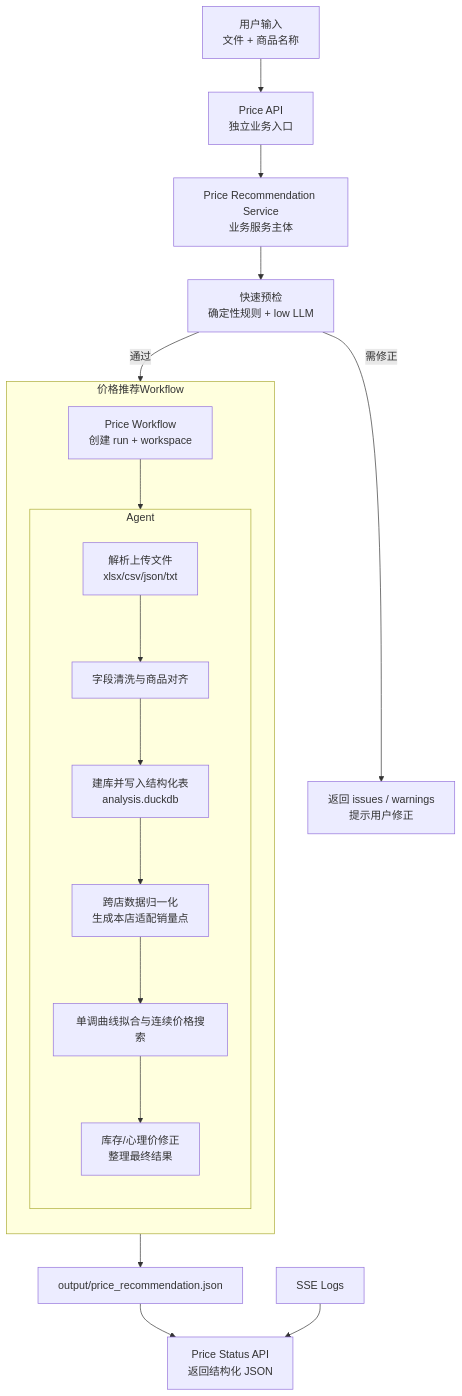
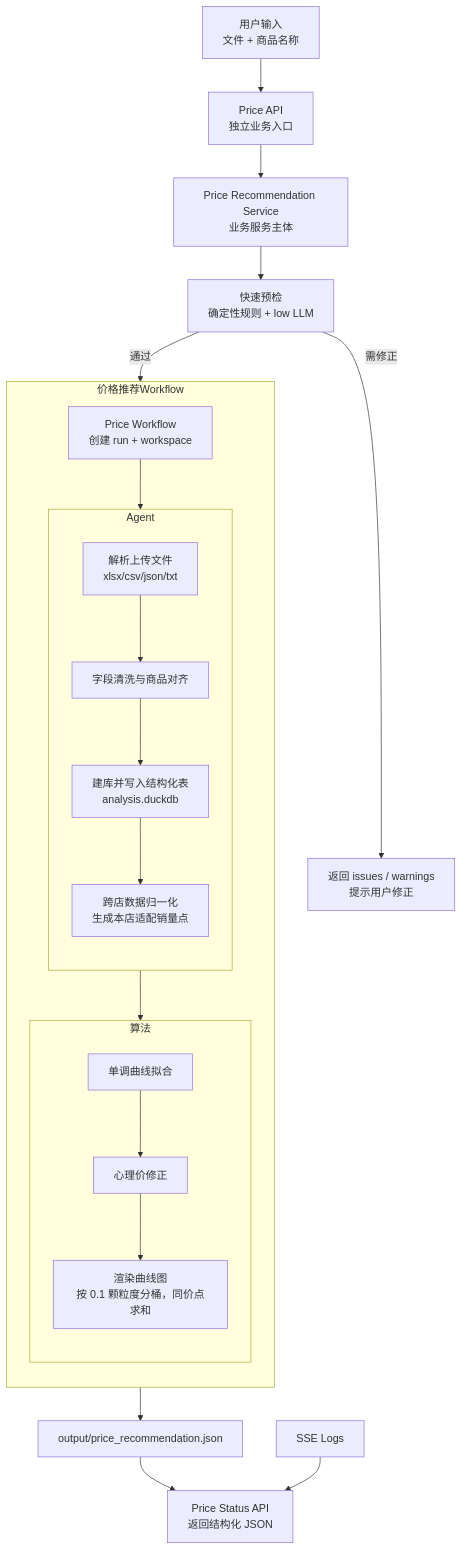
Before and after one commit to FuLuTang/AI-Store-Analysis-System: the first of 2 diagrams in docs/最优价格/架构设计.md, drawn with Mermaid. The commit also changed other lines of this file and 3 other files, not shown here.

Commit message:
feat(price): 图表卡片动态布局 - <4个单列全宽, >=4个两列

````diff
--- a/docs/最优价格/架构设计.md
+++ b/docs/最优价格/架构设计.md
@@ -5,28 +5,34 @@
 ```mermaid
 graph TD
     A[用户输入<br/>文件 + 商品名称] --> B[Price API<br/>独立业务入口]
     B --> C[Price Recommendation Service<br/>业务服务主体]
     C --> D[快速预检<br/>确定性规则 + low LLM]
 
     D -->|需修正| E[返回 issues / warnings<br/>提示用户修正]
     D -->|通过| F[Price Workflow<br/>创建 run + workspace]
 
     subgraph 价格推荐Workflow
         direction TB
         F --> K
         subgraph K[Agent]
           direction TB
           X[解析上传文件<br/>xlsx/csv/json/txt]
           Y[字段清洗与商品对齐]
           Z[建库并写入结构化表<br/>analysis.duckdb]
           W[跨店数据归一化<br/>生成本店适配销量点]
-          V[单调曲线拟合与连续价格搜索]
-          U[库存/心理价修正<br/>整理最终结果]
-          X --> Y --> Z --> W --> V --> U
+          X --> Y --> Z --> W
+        end
+        W --> V
+        subgraph V[算法]
+          direction TD
+          V1[单调曲线拟合]
+          V2[心理价修正]
+          V3[渲染曲线图<br/>按 0.1 颗粒度分桶，同价点求和]
+          V1 --> V2 --> V3
         end
     end
 
     K --> L[output/price_recommendation.json]
     L --> N[Price Status API<br/>返回结构化 JSON]
     P[SSE Logs] --> N
 ```
````
